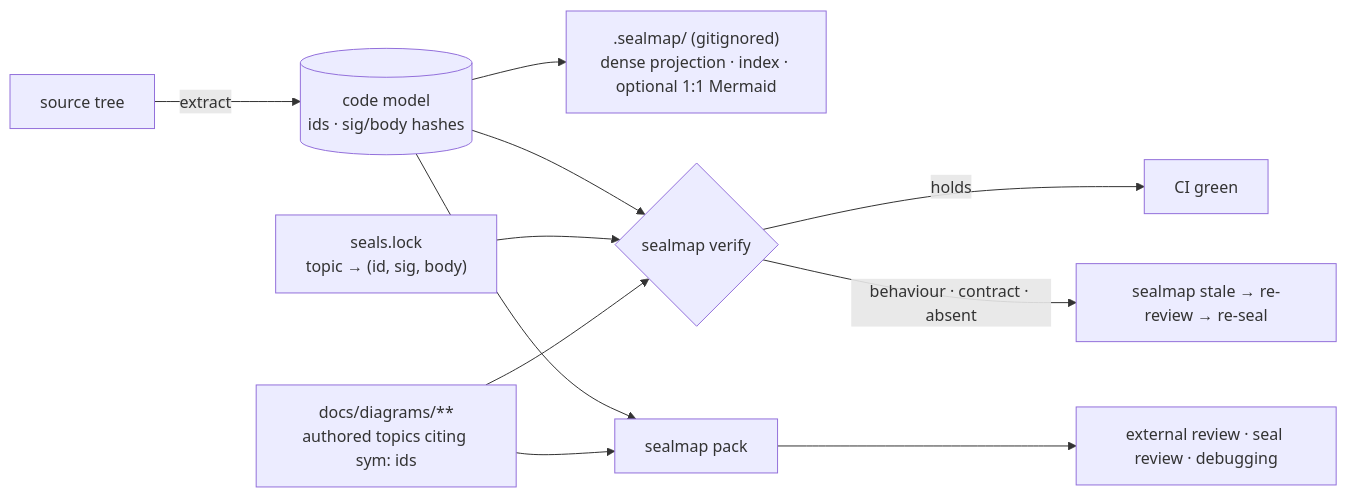
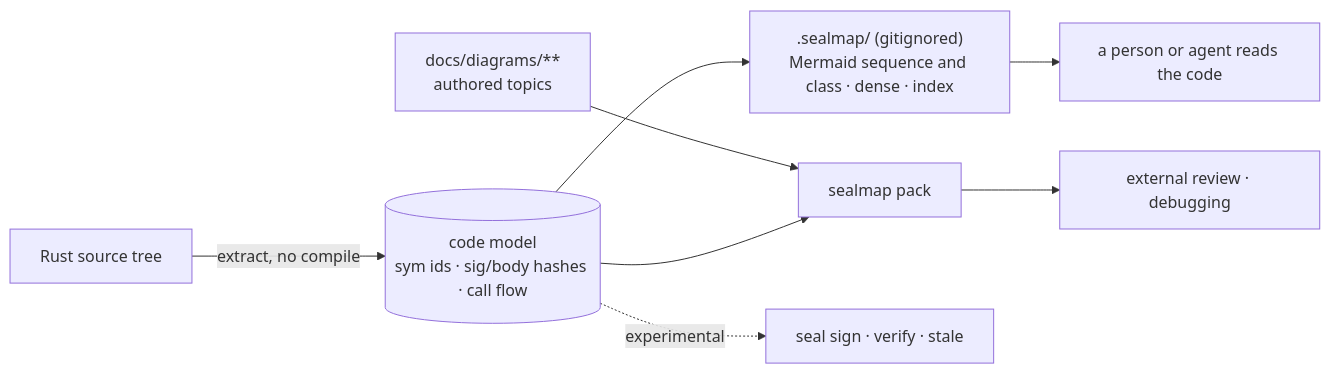
Before and after one commit to DreamLab-AI/codemaid: the diagram in README.md, drawn with Mermaid. The commit also changed other lines of this file and 2 other files, not shown here.

First line of the commit message:
docs: position sealmap as a code lens; seals experimental, per the evidence

````diff
--- a/README.md
+++ b/README.md
@@ -71,13 +116,10 @@
 ```mermaid
 flowchart LR
-  code[source tree] -->|extract| model[(code model<br/>ids · sig/body hashes)]
-  model --> gen[".sealmap/ (gitignored)<br/>dense projection · index · optional 1:1 Mermaid"]
-  topics["docs/diagrams/**<br/>authored topics citing sym: ids"] --> verify{sealmap verify}
-  lock["seals.lock<br/>topic → (id, sig, body)"] --> verify
-  model --> verify
-  verify -->|holds| ci[CI green]
-  verify -->|behaviour · contract · absent| stale[sealmap stale → re-review → re-seal]
-  topics --> pack[sealmap pack]
+  code[Rust source tree] -->|extract, no compile| model[(code model<br/>sym ids · sig/body hashes · call flow)]
+  model --> views[".sealmap/ (gitignored)<br/>Mermaid sequence and class · dense · index"]
+  topics["docs/diagrams/**<br/>authored topics"] --> pack[sealmap pack]
   model --> pack
-  pack --> judge[external review · seal review · debugging]
+  views --> read[a person or agent reads the code]
+  pack --> judge[external review · debugging]
+  model -.->|experimental| seals[seal sign · verify · stale]
 ```
````
